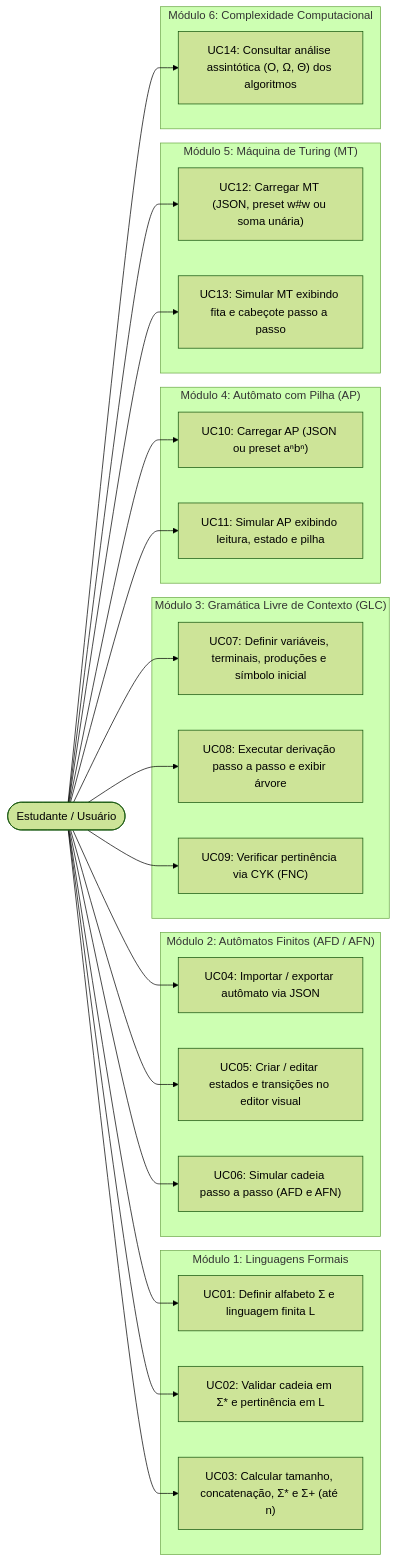
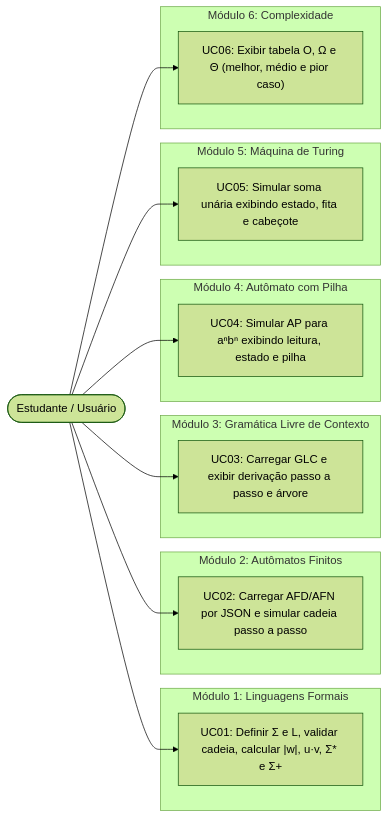
Before and after one commit to gigio-mm/StateLab: the diagram in docs/uml/casos-de-uso.mmd, drawn with Mermaid (forest theme). The commit also changed 5 other files, not shown here.

Commit message:
docs: add technical document, README with I/O examples and updated UML

```diff
--- a/docs/uml/casos-de-uso.mmd
+++ b/docs/uml/casos-de-uso.mmd
@@ -1,49 +1,33 @@
 flowchart LR
   Estudante(["Estudante / Usuário"])
 
   subgraph M1["Módulo 1: Linguagens Formais"]
-    UC1["UC01: Definir alfabeto Σ e linguagem finita L"]
-    UC2["UC02: Validar cadeia em Σ* e pertinência em L"]
-    UC3["UC03: Calcular tamanho, concatenação, Σ* e Σ+ (até n)"]
+    UC1["UC01: Definir Σ e L, validar cadeia, calcular |w|, u·v, Σ* e Σ+"]
   end
 
-  subgraph M2["Módulo 2: Autômatos Finitos (AFD / AFN)"]
-    UC4["UC04: Importar / exportar autômato via JSON"]
-    UC5["UC05: Criar / editar estados e transições no editor visual"]
-    UC6["UC06: Simular cadeia passo a passo (AFD e AFN)"]
+  subgraph M2["Módulo 2: Autômatos Finitos"]
+    UC2["UC02: Carregar AFD/AFN por JSON e simular cadeia passo a passo"]
   end
 
-  subgraph M3["Módulo 3: Gramática Livre de Contexto (GLC)"]
-    UC7["UC07: Definir variáveis, terminais, produções e símbolo inicial"]
-    UC8["UC08: Executar derivação passo a passo e exibir árvore"]
-    UC9["UC09: Verificar pertinência via CYK (FNC)"]
+  subgraph M3["Módulo 3: Gramática Livre de Contexto"]
+    UC3["UC03: Carregar GLC e exibir derivação passo a passo e árvore"]
   end
 
-  subgraph M4["Módulo 4: Autômato com Pilha (AP)"]
-    UC10["UC10: Carregar AP (JSON ou preset aⁿbⁿ)"]
-    UC11["UC11: Simular AP exibindo leitura, estado e pilha"]
+  subgraph M4["Módulo 4: Autômato com Pilha"]
+    UC4["UC04: Simular AP para aⁿbⁿ exibindo leitura, estado e pilha"]
   end
 
-  subgraph M5["Módulo 5: Máquina de Turing (MT)"]
-    UC12["UC12: Carregar MT (JSON, preset w#w ou soma unária)"]
-    UC13["UC13: Simular MT exibindo fita e cabeçote passo a passo"]
+  subgraph M5["Módulo 5: Máquina de Turing"]
+    UC5["UC05: Simular soma unária exibindo estado, fita e cabeçote"]
   end
 
-  subgraph M6["Módulo 6: Complexidade Computacional"]
-    UC14["UC14: Consultar análise assintótica (O, Ω, Θ) dos algoritmos"]
+  subgraph M6["Módulo 6: Complexidade"]
+    UC6["UC06: Exibir tabela O, Ω e Θ (melhor, médio e pior caso)"]
   end
 
   Estudante --> UC1
   Estudante --> UC2
   Estudante --> UC3
   Estudante --> UC4
   Estudante --> UC5
   Estudante --> UC6
-  Estudante --> UC7
-  Estudante --> UC8
-  Estudante --> UC9
-  Estudante --> UC10
-  Estudante --> UC11
-  Estudante --> UC12
-  Estudante --> UC13
-  Estudante --> UC14
```
